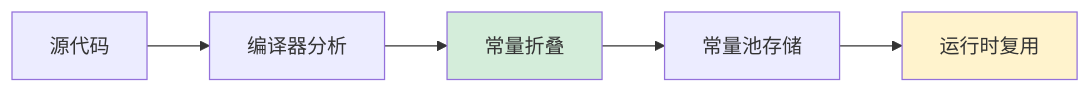
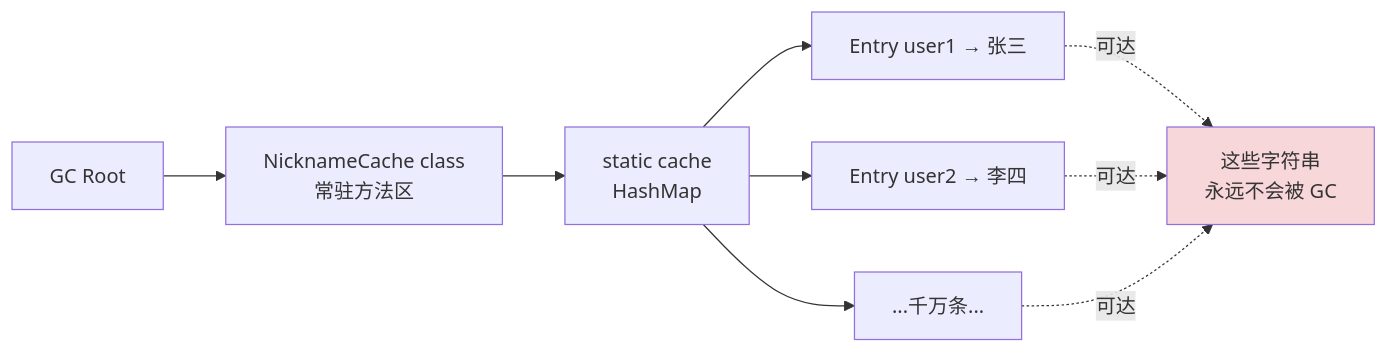
Before and after one commit to chongyang211/YCBookBlog: diagram 14 of 32 in 00.通用技术的提升/02.程序编程原理/01.字符串设计的灵魂.md, drawn with Mermaid. The commit also changed other lines of this file and 6 other files, not shown here.

````diff
--- a/00.通用技术的提升/02.程序编程原理/01.字符串设计的灵魂.md
+++ b/00.通用技术的提升/02.程序编程原理/01.字符串设计的灵魂.md
@@ -552,10 +893,11 @@
 ```mermaid
-graph LR
-    A[源代码] --> B[编译器分析]
-    B --> C[常量折叠]
-    C --> D[常量池存储]
-    D --> E[运行时复用]
-    
-    style C fill:#d4edda
-    style E fill:#fff3cd
+flowchart LR
+    A[GC Root] --> B[NicknameCache class<br/>常驻方法区]
+    B --> C[static cache<br/>HashMap]
+    C --> D1[Entry user1 → 张三]
+    C --> D2[Entry user2 → 李四]
+    C --> D3[...千万条...]
+    D1 & D2 & D3 -.可达.-> E[这些字符串<br/>永远不会被 GC]
+
+    style E fill:#f8d7da
 ```
````
